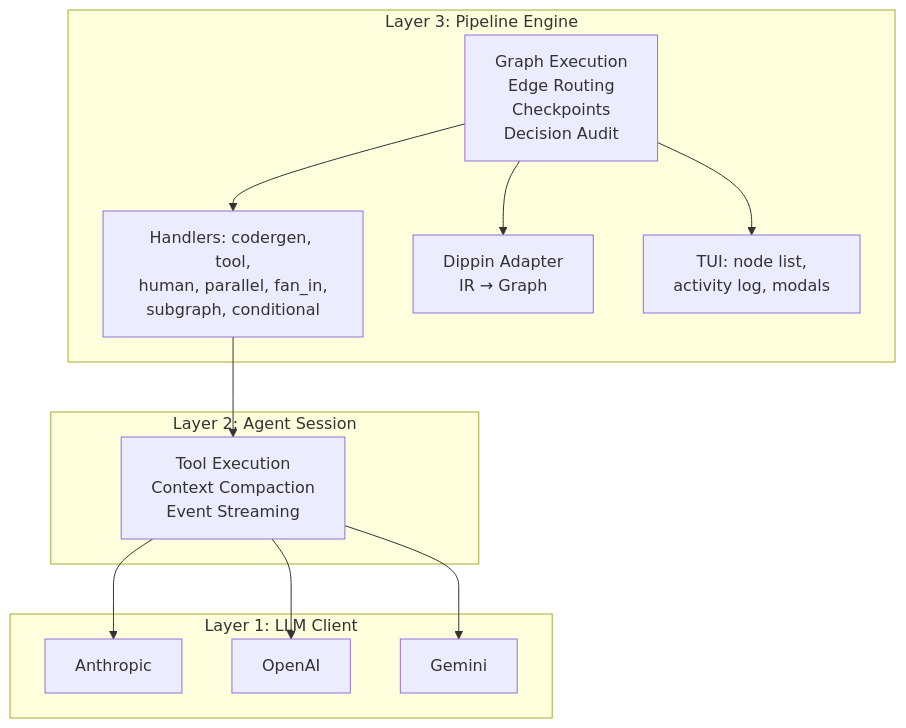
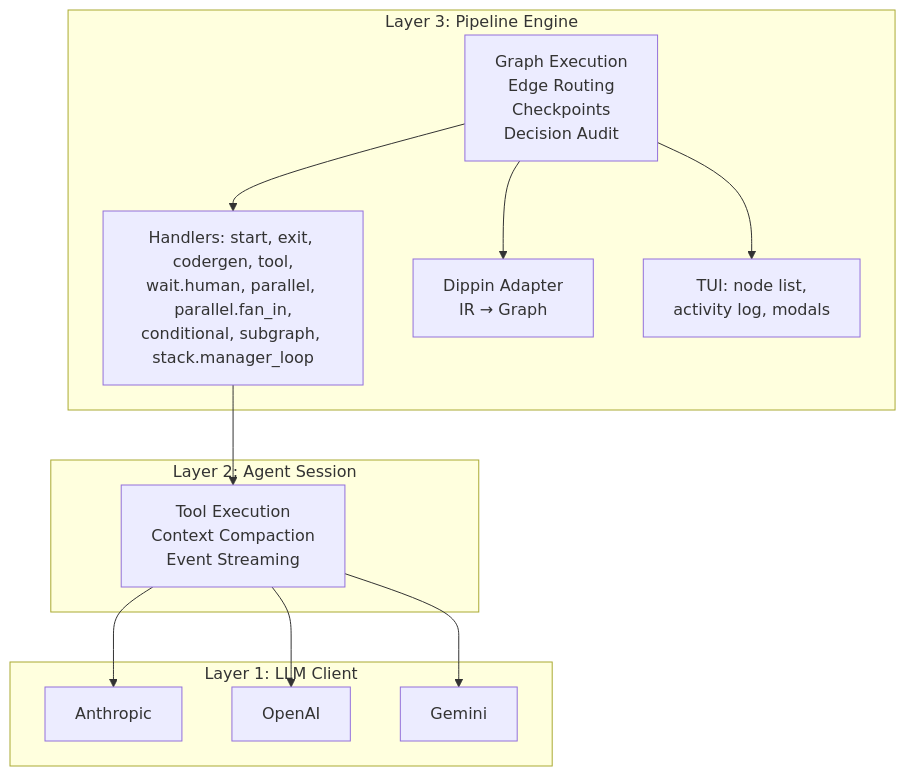
The third of 3 diagrams in README.md (2389-research/tracker), drawn with Mermaid before and after one commit. The commit also changed other lines of this file, not shown here.

````diff
--- a/README.md
+++ b/README.md
@@ -314,20 +351,20 @@
 ```mermaid
 graph TB
     subgraph "Layer 3: Pipeline Engine"
         Engine["Graph Execution<br/>Edge Routing<br/>Checkpoints<br/>Decision Audit"]
-        Handlers["Handlers: codergen, tool,<br/>human, parallel, fan_in,<br/>subgraph, conditional"]
+        Handlers["Handlers: start, exit, codergen, tool,<br/>wait.human, parallel, parallel.fan_in,<br/>conditional, subgraph, stack.manager_loop"]
         Adapter["Dippin Adapter<br/>IR → Graph"]
         TUI["TUI: node list,<br/>activity log, modals"]
     end
     subgraph "Layer 2: Agent Session"
         Session["Tool Execution<br/>Context Compaction<br/>Event Streaming"]
     end
     subgraph "Layer 1: LLM Client"
         Anthropic & OpenAI & Gemini
     end
     Engine --> Handlers
     Engine --> Adapter
     Engine --> TUI
     Handlers --> Session
     Session --> Anthropic & OpenAI & Gemini
 ```
````
